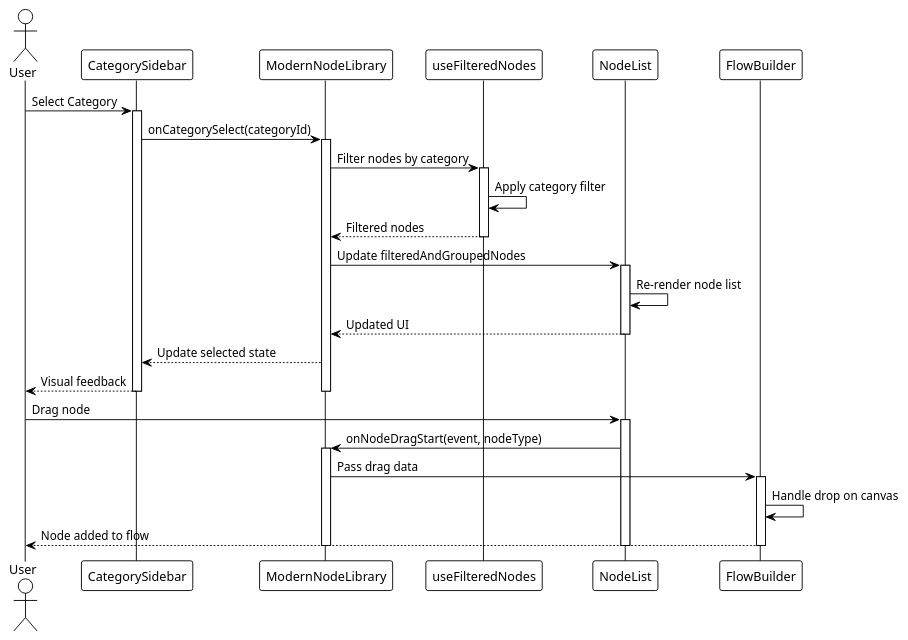
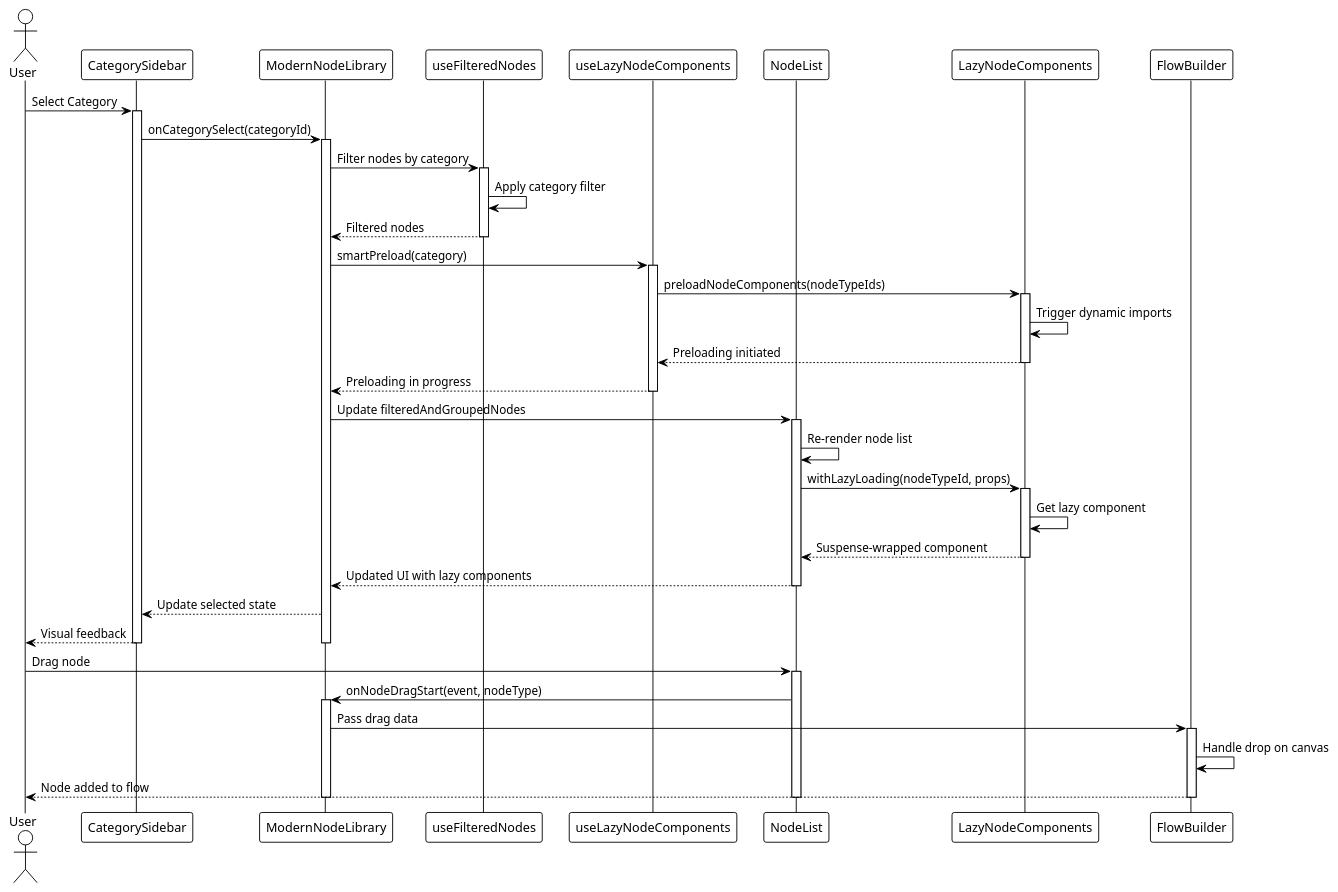
Before and after one commit to amirman-m/flowbuilderInstagram: the third of 4 diagrams in Doc/NodeLibrary-Architecture.md, drawn with PlantUML. The commit also changed other lines of this file and 5465 other files, not shown here.

Commit message:
add lazy loader for node library

````diff
--- a/Doc/NodeLibrary-Architecture.md
+++ b/Doc/NodeLibrary-Architecture.md
@@ -553,47 +571,64 @@
 ```plantuml
 @startuml NodeLibrary_NodeSelection
 !theme plain
 
 actor User
 participant CategorySidebar as CS
 participant ModernNodeLibrary as ML
 participant useFilteredNodes as UF
+participant useLazyNodeComponents as ULC
 participant NodeList as NL
+participant LazyNodeComponents as LC
 participant FlowBuilder as FB
 
 User -> CS: Select Category
 activate CS
 CS -> ML: onCategorySelect(categoryId)
 activate ML
 
 ML -> UF: Filter nodes by category
 activate UF
 UF -> UF: Apply category filter
 UF --> ML: Filtered nodes
 deactivate UF
 
+ML -> ULC: smartPreload(category)
+activate ULC
+ULC -> LC: preloadNodeComponents(nodeTypeIds)
+activate LC
+LC -> LC: Trigger dynamic imports
+LC --> ULC: Preloading initiated
+deactivate LC
+ULC --> ML: Preloading in progress
+deactivate ULC
+
 ML -> NL: Update filteredAndGroupedNodes
 activate NL
 NL -> NL: Re-render node list
-NL --> ML: Updated UI
+NL -> LC: withLazyLoading(nodeTypeId, props)
+activate LC
+LC -> LC: Get lazy component
+LC --> NL: Suspense-wrapped component
+deactivate LC
+NL --> ML: Updated UI with lazy components
 deactivate NL
 
 ML --> CS: Update selected state
 CS --> User: Visual feedback
 deactivate CS
 deactivate ML
 
 User -> NL: Drag node
 activate NL
 NL -> ML: onNodeDragStart(event, nodeType)
 activate ML
 ML -> FB: Pass drag data
 activate FB
 FB -> FB: Handle drop on canvas
 FB --> User: Node added to flow
 deactivate FB
 deactivate ML
 deactivate NL
 
 @enduml
 ```
````
